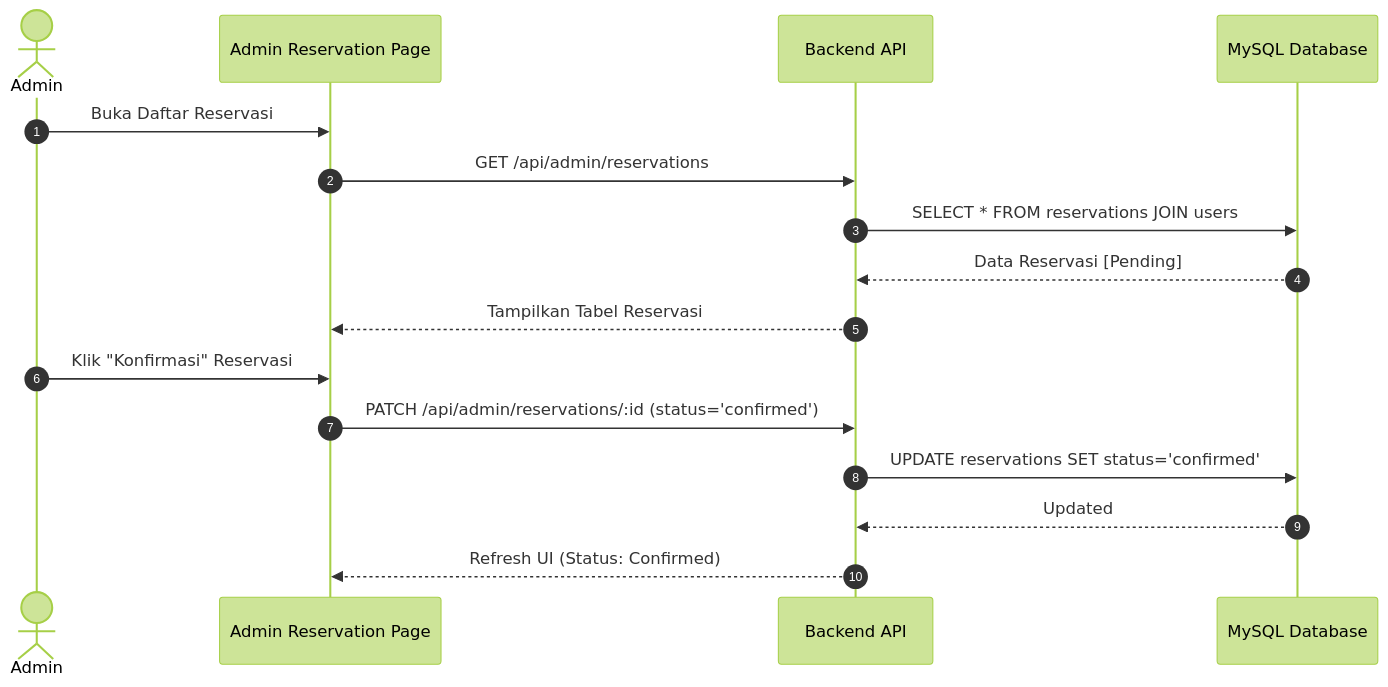
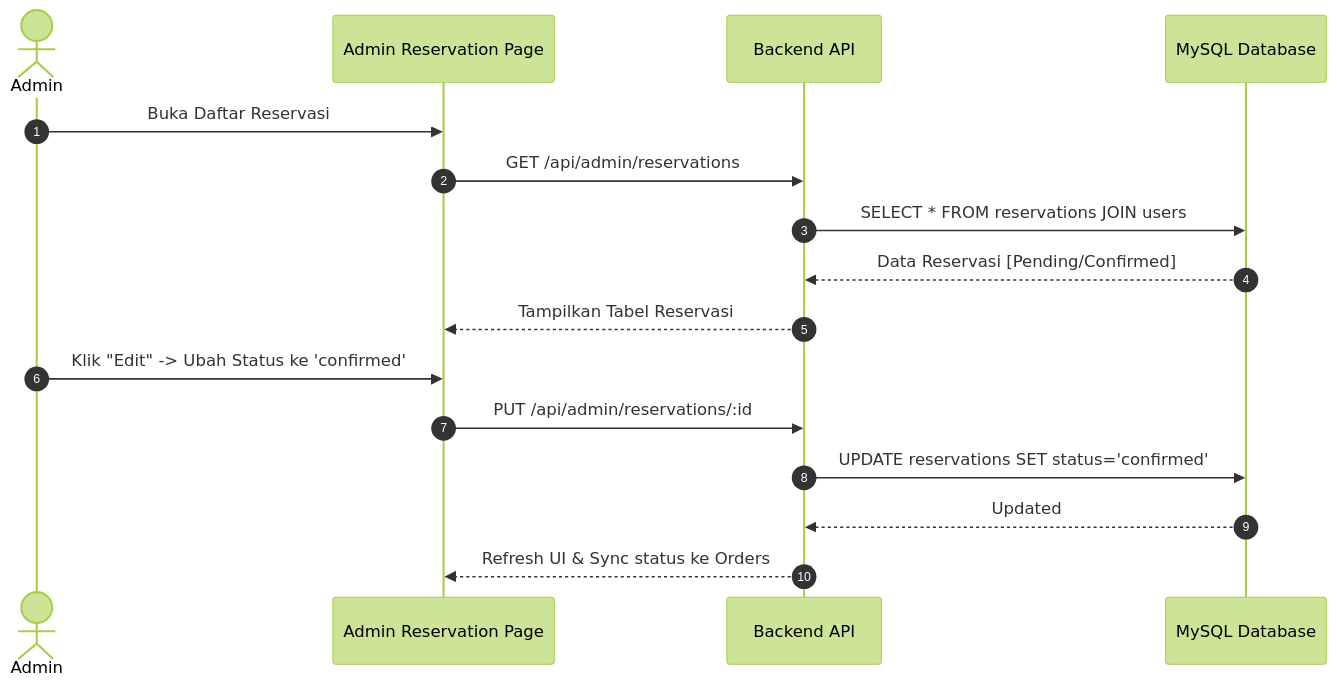
The seventh of 8 diagrams in DIAGRAM.md (AkbarHusaini/website-reservasi-online-Ineri-suki), drawn with Mermaid (forest theme) before and after one commit. The commit also changed other lines of this file and 7 other files, not shown here.

Commit message:
Update: slimmed admin UI scaling, added logo favicon, updated project name and architecture diagrams

````diff
--- a/DIAGRAM.md
+++ b/DIAGRAM.md
@@ -179,20 +184,20 @@
 ```mermaid
 sequenceDiagram
     autonumber
     actor Admin
     participant FE as Admin Reservation Page
     participant BE as Backend API
     participant DB as MySQL Database
 
     Admin->>FE: Buka Daftar Reservasi
     FE->>BE: GET /api/admin/reservations
     BE->>DB: SELECT * FROM reservations JOIN users
-    DB-->>BE: Data Reservasi [Pending]
+    DB-->>BE: Data Reservasi [Pending/Confirmed]
     BE-->>FE: Tampilkan Tabel Reservasi
     
-    Admin->>FE: Klik "Konfirmasi" Reservasi
-    FE->>BE: PATCH /api/admin/reservations/:id (status='confirmed')
+    Admin->>FE: Klik "Edit" -> Ubah Status ke 'confirmed'
+    FE->>BE: PUT /api/admin/reservations/:id
     BE->>DB: UPDATE reservations SET status='confirmed'
     DB-->>BE: Updated
-    BE-->>FE: Refresh UI (Status: Confirmed)
+    BE-->>FE: Refresh UI & Sync status ke Orders
 ```
````
